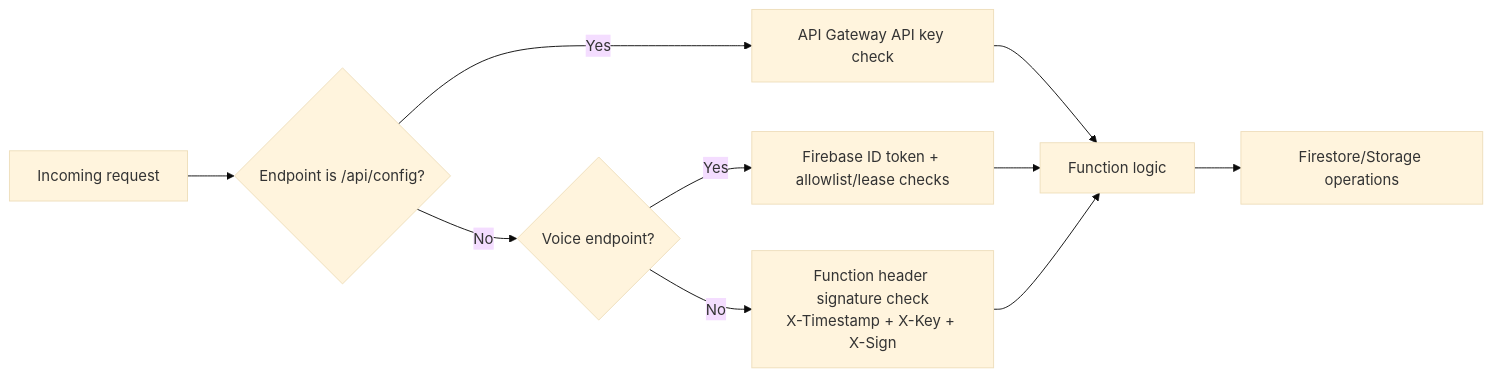
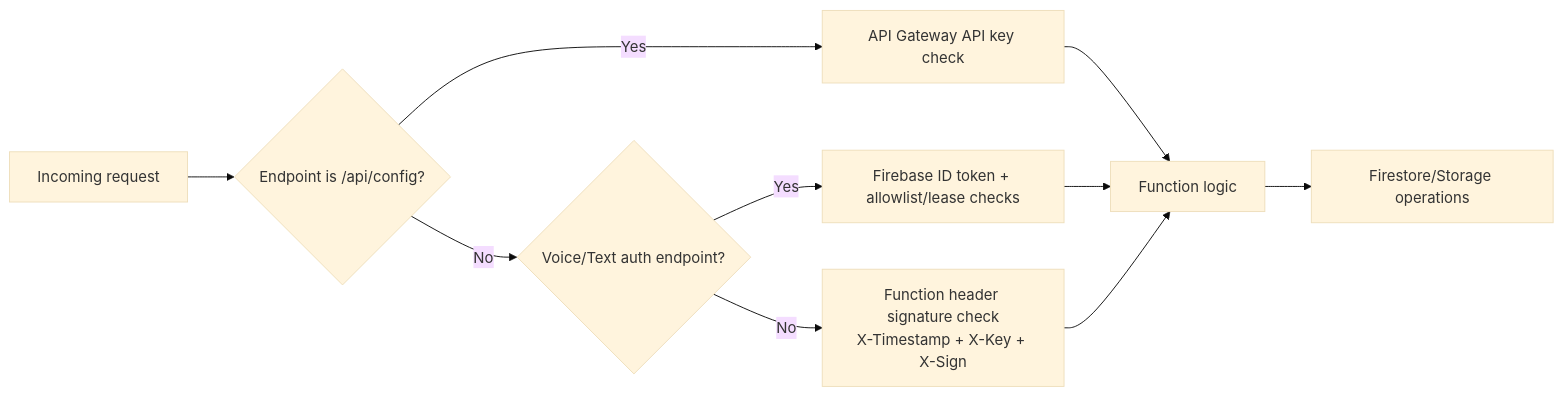
The fourth of 8 diagrams in docs/BACKEND.md (wongcyrus/LangBridgePresenter), drawn with Mermaid (base theme) before and after one commit. The commit also changed other lines of this file and 16 other files, not shown here.

````diff
--- a/docs/BACKEND.md
+++ b/docs/BACKEND.md
@@ -146,12 +165,12 @@
 ```mermaid
 flowchart LR
     A[Incoming request] --> B{Endpoint is /api/config?}
     B -->|Yes| C[API Gateway API key check]
-    B -->|No| D{Voice endpoint?}
+    B -->|No| D{Voice/Text auth endpoint?}
     D -->|Yes| E[Firebase ID token + allowlist/lease checks]
     D -->|No| F[Function header signature check<br/>X-Timestamp + X-Key + X-Sign]
     C --> G[Function logic]
     E --> G
     F --> G
     G --> H[Firestore/Storage operations]
 ```
````
